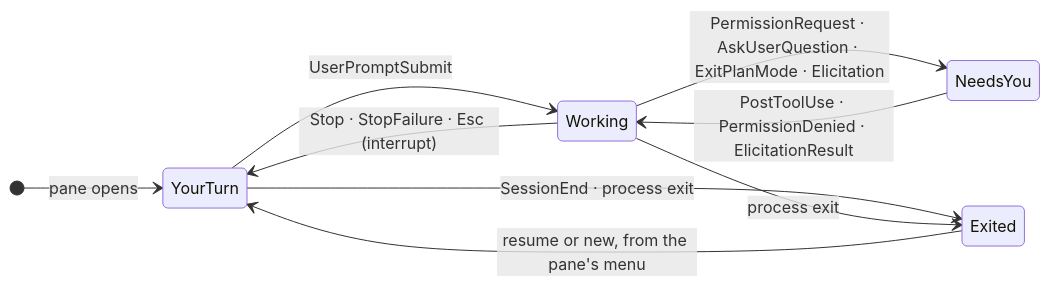
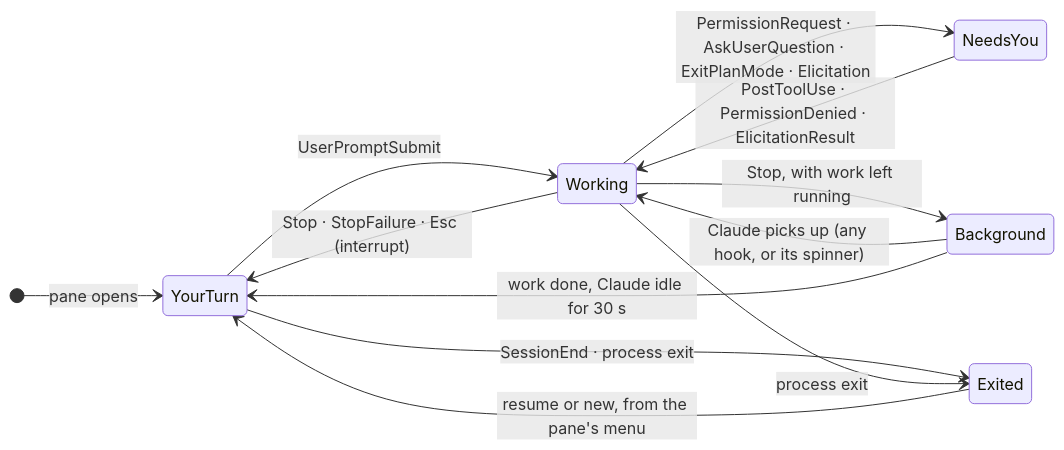
The second of 2 diagrams in README.md (borislisandro/claude-deck), drawn with Mermaid before and after one commit. The commit also changed other lines of this file and 31 other files, not shown here.

First line of the commit message:
Usage meters in the popup, a background-work state, and a new README

````diff
--- a/README.md
+++ b/README.md
@@ -381,12 +460,15 @@
   ```mermaid
   stateDiagram-v2
       direction LR
       [*] --> YourTurn: pane opens
       YourTurn --> Working: UserPromptSubmit
       Working --> NeedsYou: PermissionRequest · AskUserQuestion · ExitPlanMode · Elicitation
       NeedsYou --> Working: PostToolUse · PermissionDenied · ElicitationResult
       Working --> YourTurn: Stop · StopFailure · Esc (interrupt)
+      Working --> Background: Stop, with work left running
+      Background --> Working: Claude picks up (any hook, or its spinner)
+      Background --> YourTurn: work done, Claude idle for 30 s
       YourTurn --> Exited: SessionEnd · process exit
       Working --> Exited: process exit
       Exited --> YourTurn: resume or new, from the pane's menu
   ```
````
